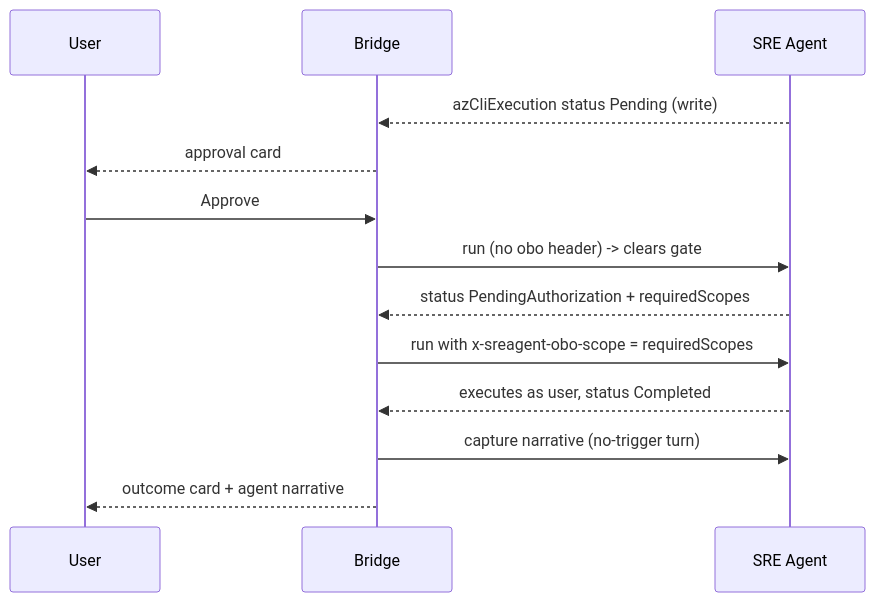
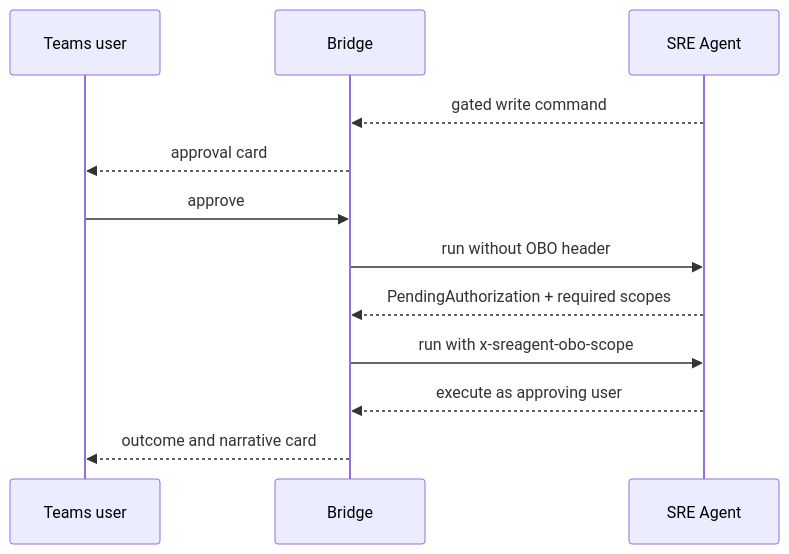
The second of 2 diagrams in docs/ARCHITECTURE.md (mdspinali/sre-agent-teams-bot), drawn with Mermaid before and after one commit. The commit also changed other lines of this file and 21 other files, not shown here.

````diff
--- a/docs/ARCHITECTURE.md
+++ b/docs/ARCHITECTURE.md
@@ -43,15 +28,14 @@
 ```mermaid
 sequenceDiagram
-  participant U as User
+  participant U as Teams user
   participant B as Bridge
   participant S as SRE Agent
-  S-->>B: azCliExecution status Pending (write)
+  S-->>B: gated write command
   B-->>U: approval card
-  U->>B: Approve
-  B->>S: run (no obo header) -> clears gate
-  S-->>B: status PendingAuthorization + requiredScopes
-  B->>S: run with x-sreagent-obo-scope = requiredScopes
-  S-->>B: executes as user, status Completed
-  B->>S: capture narrative (no-trigger turn)
-  B-->>U: outcome card + agent narrative
+  U->>B: approve
+  B->>S: run without OBO header
+  S-->>B: PendingAuthorization + required scopes
+  B->>S: run with x-sreagent-obo-scope
+  S-->>B: execute as approving user
+  B-->>U: outcome and narrative card
 ```
````
